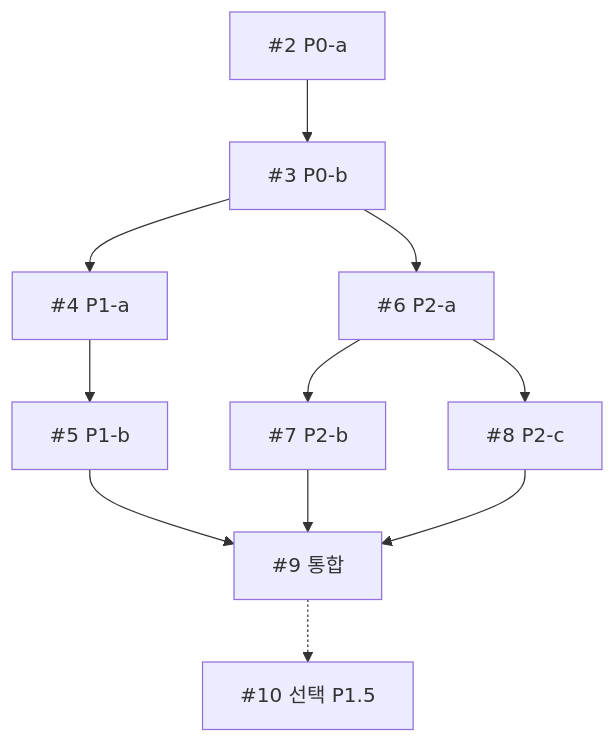
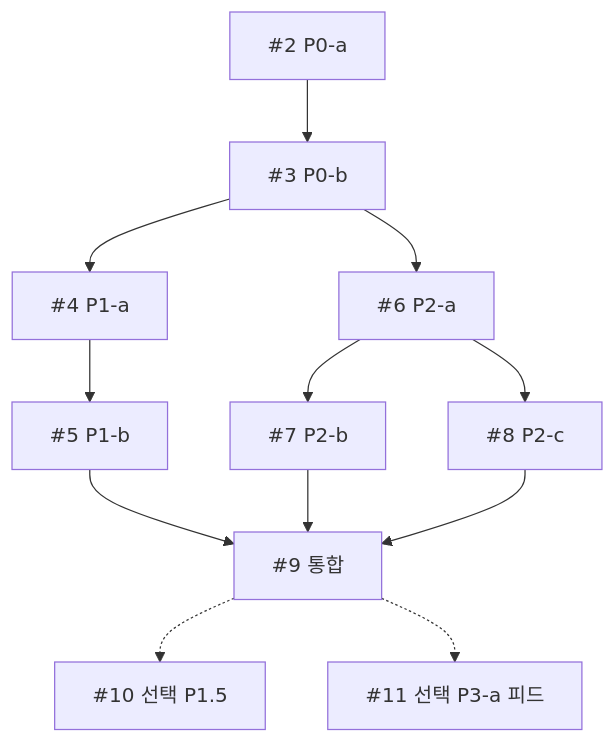
Before and after one commit to catgeot/Days: the second of 3 diagrams in plans/world-events-plan.md, drawn with Mermaid. The commit also changed other lines of this file and 3 other files, not shown here.

````diff
--- a/plans/world-events-plan.md
+++ b/plans/world-events-plan.md
@@ -169,13 +170,14 @@
 ```mermaid
 flowchart TD
   S2[#2 P0-a] --> S3[#3 P0-b]
   S3 --> S4[#4 P1-a]
   S3 --> S6[#6 P2-a]
   S4 --> S5[#5 P1-b]
   S6 --> S7[#7 P2-b]
   S6 --> S8[#8 P2-c]
   S5 --> S9[#9 통합]
   S7 --> S9
   S8 --> S9
   S9 -.-> S10[#10 선택 P1.5]
+  S9 -.-> S11[#11 선택 P3-a 피드]
 ```
````
